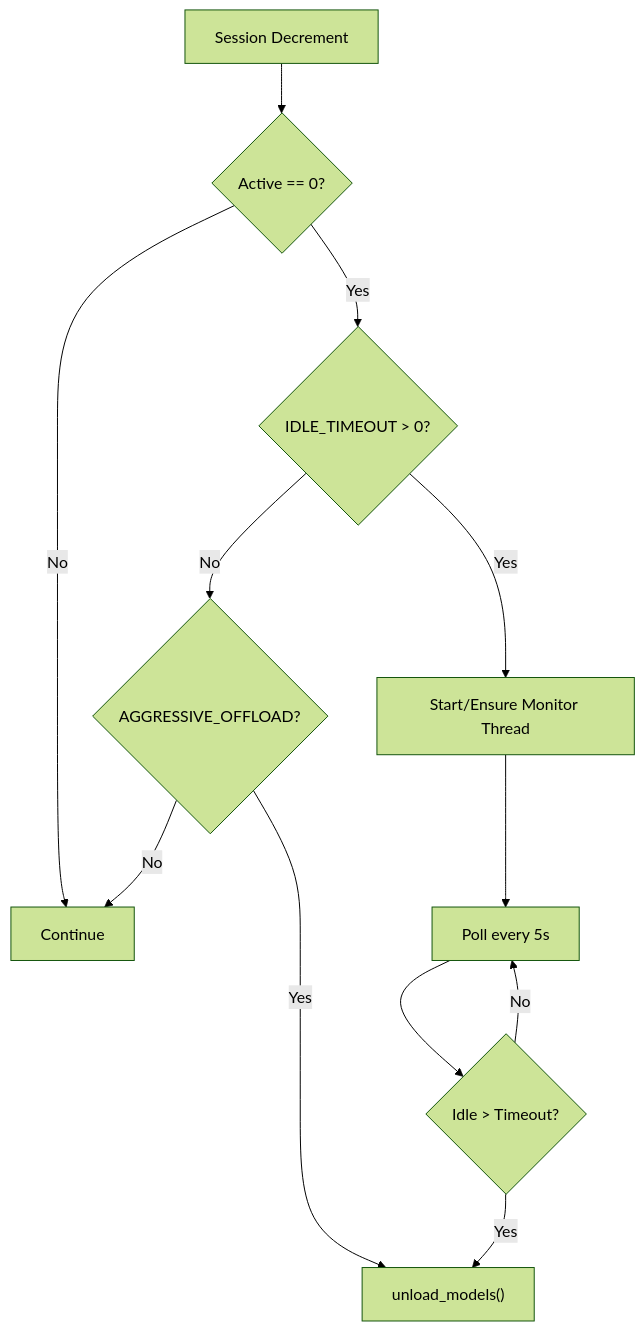
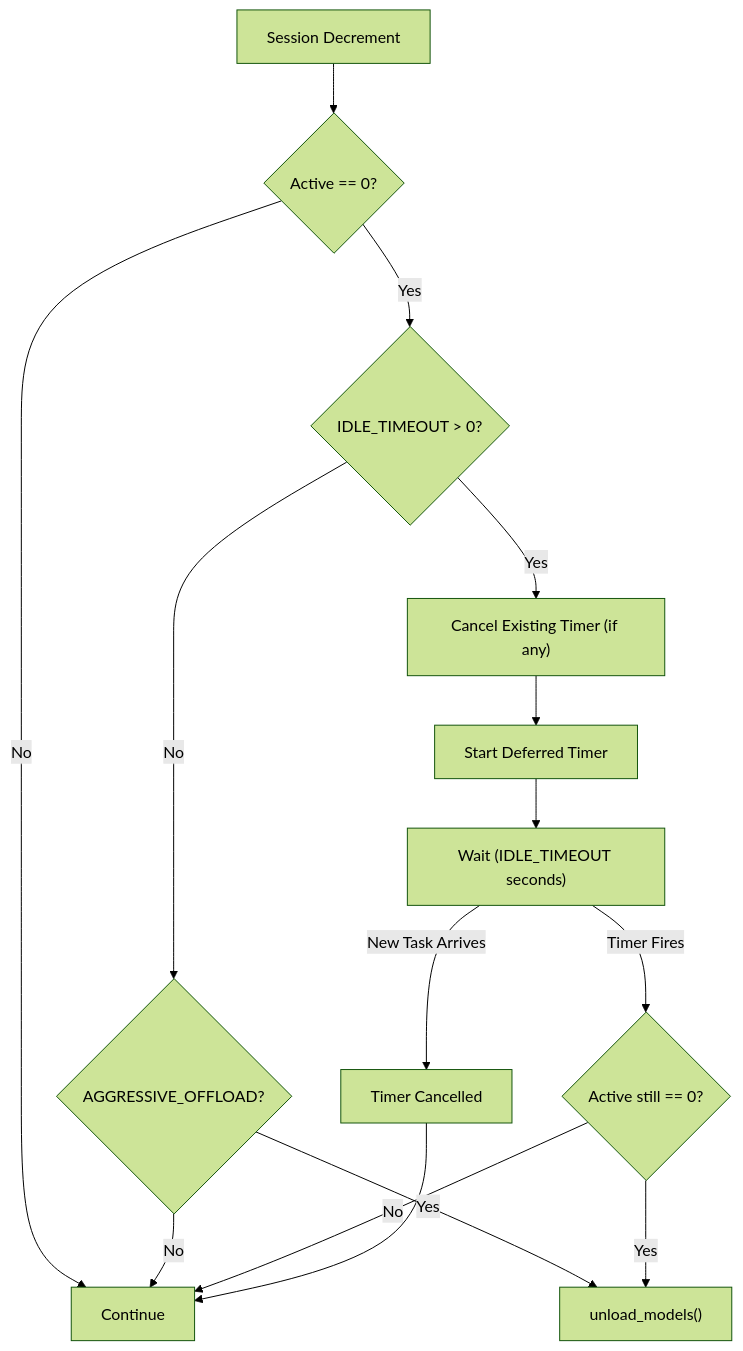
One commit to ventura8/Whisper-Pro-ASR changed the fourth of 4 diagrams in docs/ARCHITECTURE.md. Above: the diagram before and after it, drawn with Mermaid (forest theme). The commit also changed other lines of this file and 55 other files, not shown here.

First line of the commit message:
v1.1.2: Refactor memory manager to deferred-timer pattern, fix telemetry, and harden static analysis

````diff
--- a/docs/ARCHITECTURE.md
+++ b/docs/ARCHITECTURE.md
@@ -136,14 +136,17 @@
 ```mermaid
 graph TD
     DEC["Session Decrement"] --> CHK{"Active == 0?"}
     CHK -->|No| DONE["Continue"]
     CHK -->|Yes| TIMEOUT{"IDLE_TIMEOUT > 0?"}
-    TIMEOUT -->|Yes| MON["Start/Ensure Monitor Thread"]
+    TIMEOUT -->|Yes| CANCEL["Cancel Existing Timer (if any)"]
+    CANCEL --> START["Start Deferred Timer"]
     TIMEOUT -->|No| AGG{"AGGRESSIVE_OFFLOAD?"}
     AGG -->|Yes| UNLOAD["unload_models()"]
     AGG -->|No| DONE
-    MON --> POLL["Poll every 5s"]
-    POLL --> ELAPSED{"Idle > Timeout?"}
-    ELAPSED -->|Yes| UNLOAD
-    ELAPSED -->|No| POLL
+    START --> WAIT["Wait (IDLE_TIMEOUT seconds)"]
+    WAIT -->|Timer Fires| LOCKCHK{"Active still == 0?"}
+    LOCKCHK -->|Yes| UNLOAD
+    LOCKCHK -->|No| DONE
+    WAIT -->|New Task Arrives| CANCEL2["Timer Cancelled"]
+    CANCEL2 --> DONE
 ```
````
